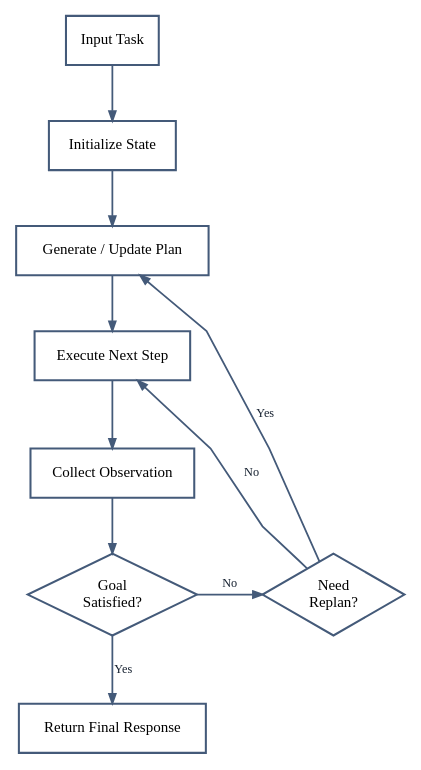
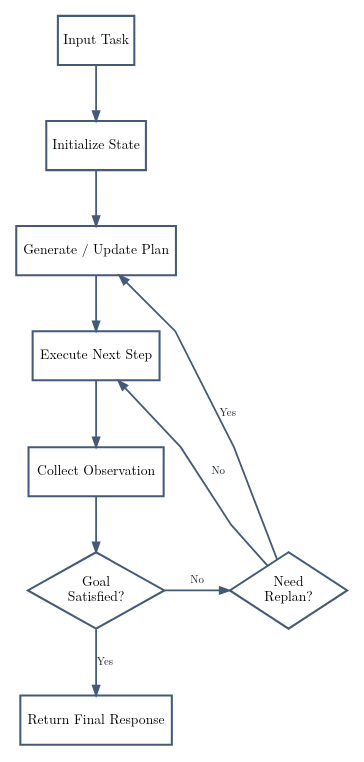
One commit to quiznat/tot-hf-survey-artifacts changed the diagram in assets/diagram_multistep_state.dot. Above: the diagram before and after it, drawn with Graphviz. The commit also changed 17 other files, not shown here.

Commit message:
Phase 1: align diagram typography/layout and rebalance 2-col tables

```diff
--- a/assets/diagram_multistep_state.dot
+++ b/assets/diagram_multistep_state.dot
@@ -1,22 +1,22 @@
 digraph G {
-  graph [bgcolor="#ffffff", pad="0.06", nodesep="0.34", ranksep="0.50", splines="polyline", fontname="Times-Roman", fontcolor="#162130", margin="0.02", rankdir="TB", ranksep="0.56", nodesep="0.34"];
-  node [shape="box", style="filled", fillcolor="#ffffff", color="#445a79", penwidth="1.5", fontname="Times-Roman", fontsize="11", margin="0.06,0.05"];
-  edge [color="#445a79", penwidth="1.3", arrowsize="0.70", fontname="Times-Roman", fontsize="9", fontcolor="#162130"];
+  graph [bgcolor="#ffffff", pad="0.06", nodesep="0.34", ranksep="0.50", splines="polyline", fontname="Latin Modern Roman", fontcolor="#162130", margin="0.02", rankdir="TB", ranksep="0.56", nodesep="0.34"];
+  node [shape="box", style="filled", fillcolor="#ffffff", color="#445a79", penwidth="1.5", fontname="Latin Modern Roman", fontsize="10", margin="0.06,0.05"];
+  edge [color="#445a79", penwidth="1.3", arrowsize="0.70", fontname="Latin Modern Roman", fontsize="8", fontcolor="#162130"];
 
   input [label="Input Task"];
   init [label="Initialize State"];
   plan [label="Generate / Update Plan"];
   step [label="Execute Next Step"];
   observe [label="Collect Observation"];
-  goal [shape="diamond", style="filled", fillcolor="#ffffff", color="#445a79", penwidth="1.5", fontname="Times-Roman", fontsize="11", margin="0.04,0.04", label="Goal\nSatisfied?"];
-  replan [shape="diamond", style="filled", fillcolor="#ffffff", color="#445a79", penwidth="1.5", fontname="Times-Roman", fontsize="11", margin="0.04,0.04", label="Need\nReplan?"];
+  goal [shape="diamond", style="filled", fillcolor="#ffffff", color="#445a79", penwidth="1.5", fontname="Latin Modern Roman", fontsize="10", margin="0.04,0.04", label="Goal\nSatisfied?"];
+  replan [shape="diamond", style="filled", fillcolor="#ffffff", color="#445a79", penwidth="1.5", fontname="Latin Modern Roman", fontsize="10", margin="0.04,0.04", label="Need\nReplan?"];
   out [label="Return Final Response"];
 
   input -> init -> plan -> step -> observe -> goal;
   goal -> out [label="Yes"];
   goal -> replan [label="No"];
   replan -> plan [label="Yes", constraint=false];
   replan -> step [label="No", constraint=false];
 
   { rank=same; goal; replan }
 }
```
